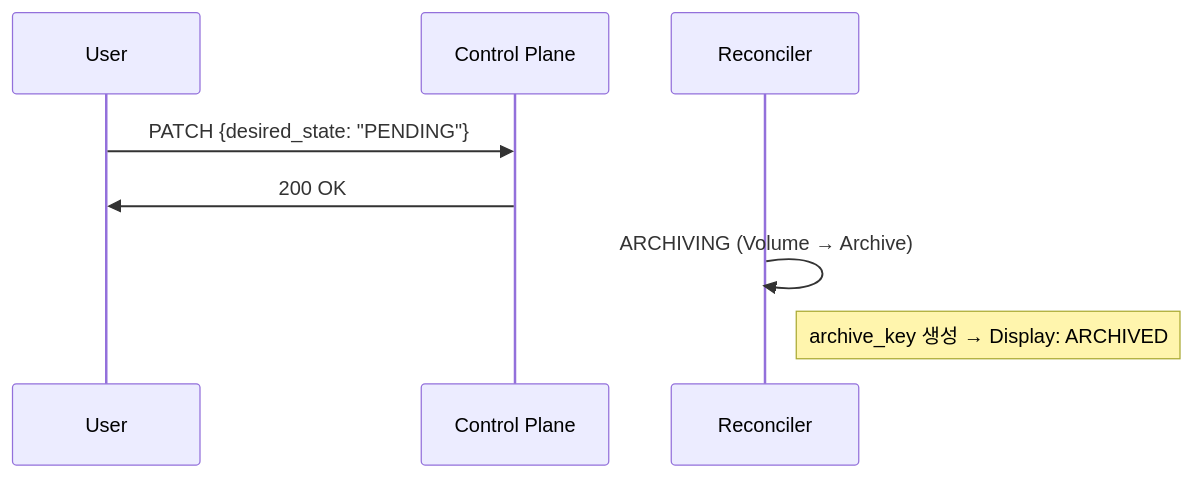
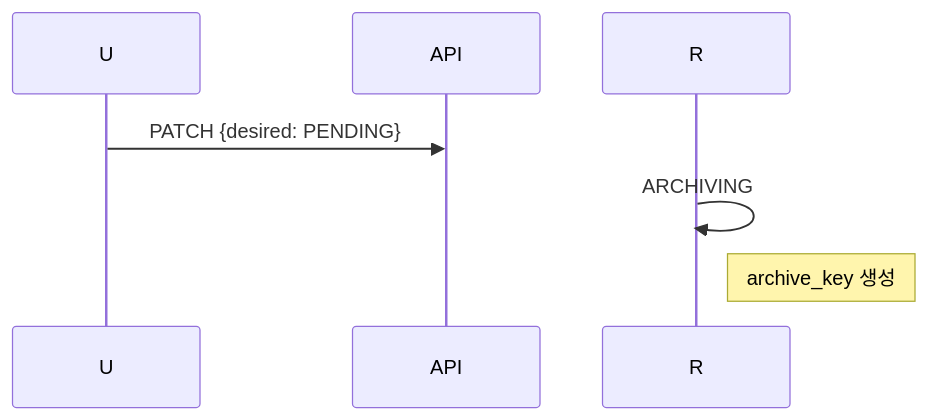
One commit to cagojeiger/code-hub changed the sixth of 6 diagrams in docs/spec_v2/states.md. Above: the diagram before and after it, drawn with Mermaid. The commit also changed other lines of this file and 14 other files, not shown here.

````diff
--- a/docs/spec_v2/states.md
+++ b/docs/spec_v2/states.md
@@ -360,12 +200,6 @@
 ```mermaid
 sequenceDiagram
-    participant U as User
-    participant API as Control Plane
-    participant R as Reconciler
-
-    U->>API: PATCH {desired_state: "PENDING"}
-    API->>U: 200 OK
-
-    R->>R: ARCHIVING (Volume → Archive)
-    Note right of R: archive_key 생성 → Display: ARCHIVED
+    U->>API: PATCH {desired: PENDING}
+    R->>R: ARCHIVING
+    Note right of R: archive_key 생성
 ```
````
